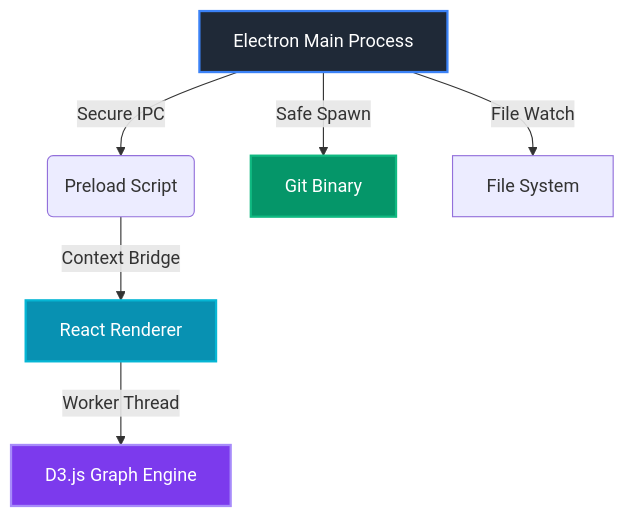
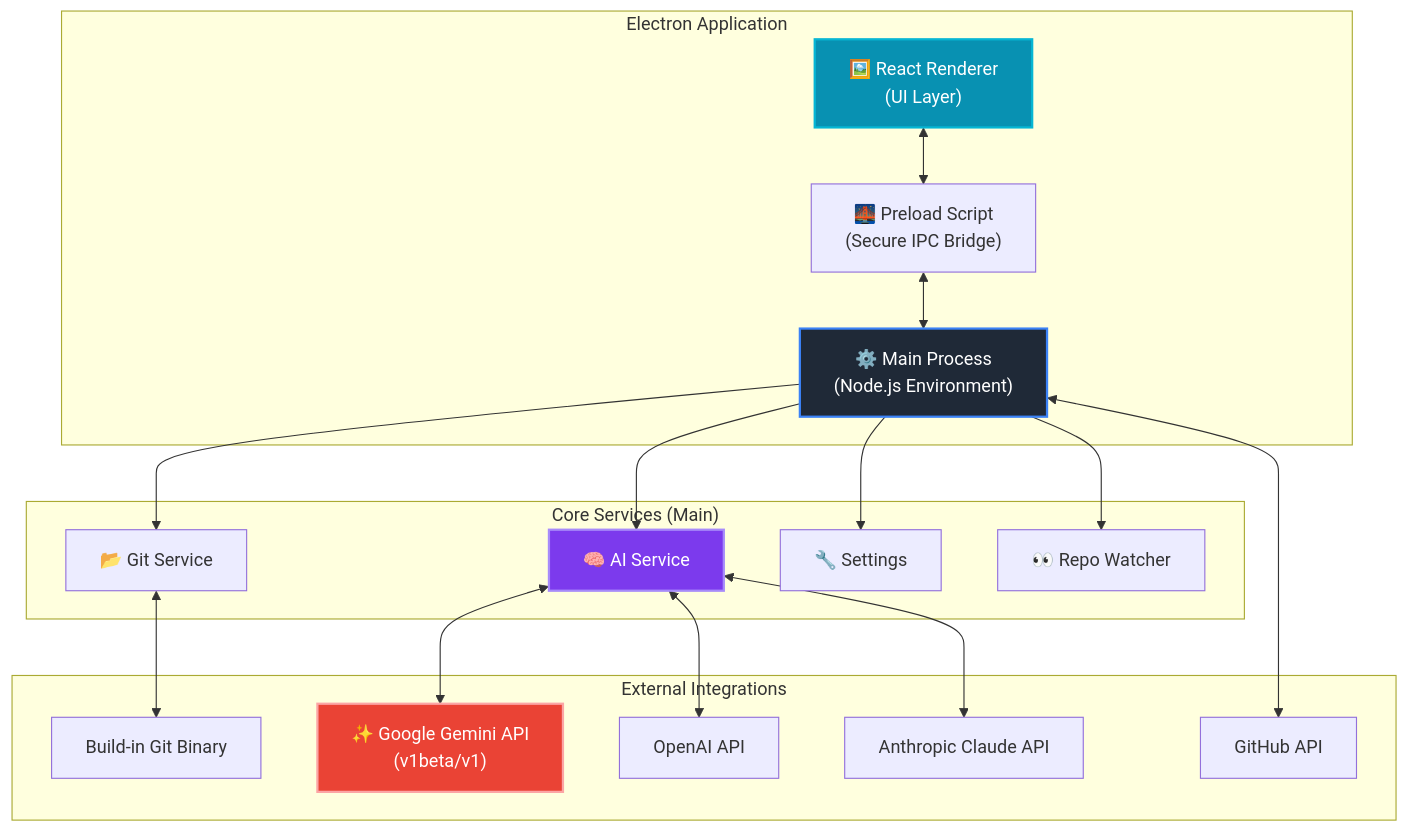
One commit to TainYanTun/GitCanopy changed the diagram in README.md. Above: the diagram before and after it, drawn with Mermaid. The commit also changed other lines of this file and 15 other files, not shown here.

````diff
--- a/README.md
+++ b/README.md
@@ -73,13 +73,41 @@
 ```mermaid
 graph TD
-    A[Electron Main Process] -->|Secure IPC| B(Preload Script)
-    B -->|Context Bridge| C[React Renderer]
-    C -->|Worker Thread| D[D3.js Graph Engine]
-    A -->|Safe Spawn| E[Git Binary]
-    A -->|File Watch| F[File System]
-    
-    style A fill:#1f2937,stroke:#3b82f6,stroke-width:2px,color:#fff
-    style C fill:#0891b2,stroke:#06b6d4,stroke-width:2px,color:#fff
-    style D fill:#7c3aed,stroke:#a78bfa,stroke-width:2px,color:#fff
-    style E fill:#059669,stroke:#10b981,stroke-width:2px,color:#fff
+    subgraph "Electron Application"
+        Renderer["🖼️ React Renderer<br/>(UI Layer)"]
+        Main["⚙️ Main Process<br/>(Node.js Environment)"]
+        Preload["🌉 Preload Script<br/>(Secure IPC Bridge)"]
+        
+        Renderer <--> Preload <--> Main
+    end
+
+    subgraph "Core Services (Main)"
+        GitService["📂 Git Service"]
+        AiService["🧠 AI Service"]
+        Settings["🔧 Settings"]
+        Watcher["👀 Repo Watcher"]
+        
+        Main --> GitService
+        Main --> AiService
+        Main --> Settings
+        Main --> Watcher
+    end
+
+    subgraph "External Integrations"
+        GitCLI["Build-in Git Binary"]
+        GeminiAPI["✨ Google Gemini API<br/>(v1beta/v1)"]
+        OpenAI_API["OpenAI API"]
+        Claude_API["Anthropic Claude API"]
+        GitHubAPI["GitHub API"]
+        
+        GitService <--> GitCLI
+        AiService <--> GeminiAPI
+        AiService <--> OpenAI_API
+        AiService <--> Claude_API
+        Main <--> GitHubAPI
+    end
+
+    style Renderer fill:#0891b2,stroke:#06b6d4,stroke-width:2px,color:#fff
+    style Main fill:#1f2937,stroke:#3b82f6,stroke-width:2px,color:#fff
+    style AiService fill:#7c3aed,stroke:#a78bfa,stroke-width:2px,color:#fff
+    style GeminiAPI fill:#ea4335,stroke:#fca5a5,stroke-width:2px,color:#fff
 ```
````
